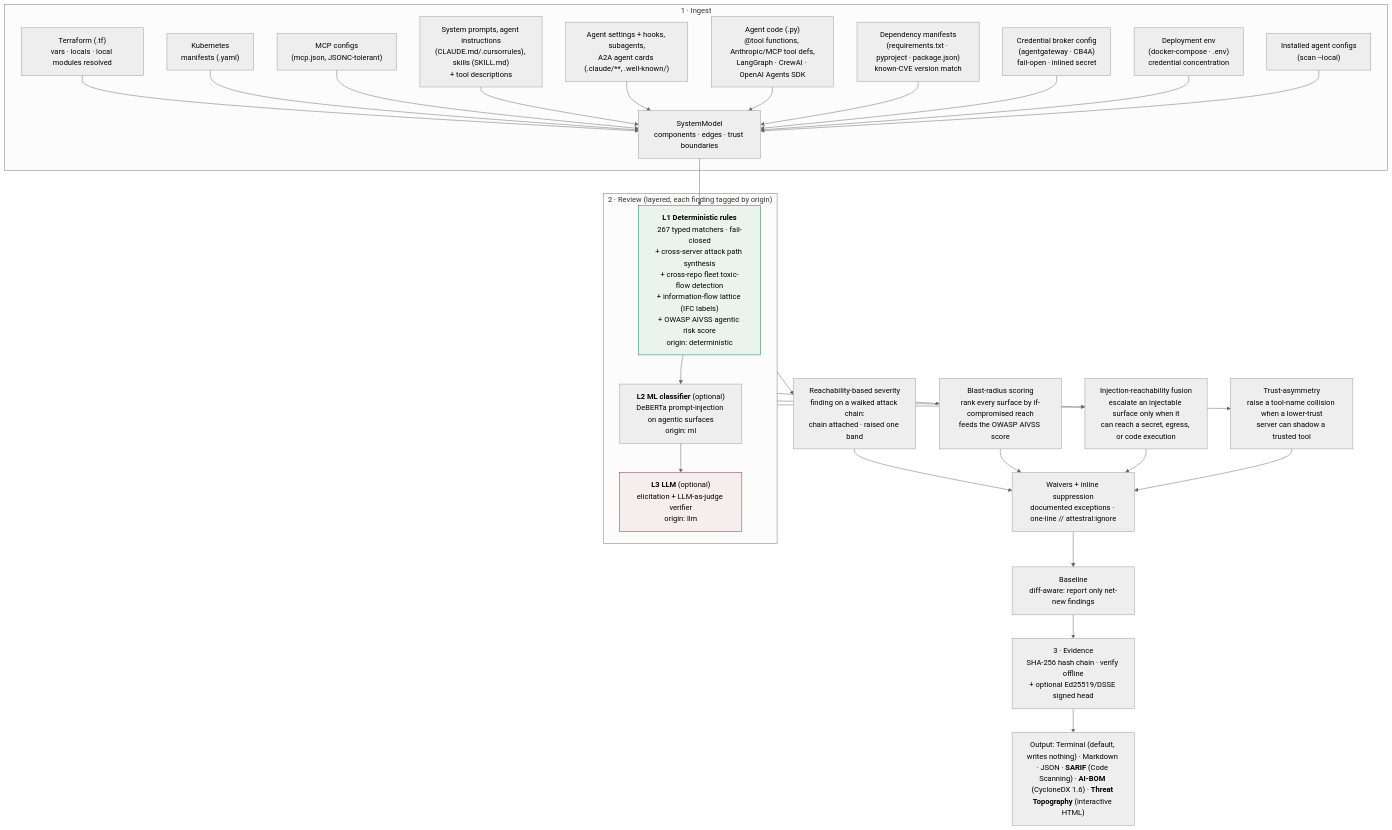
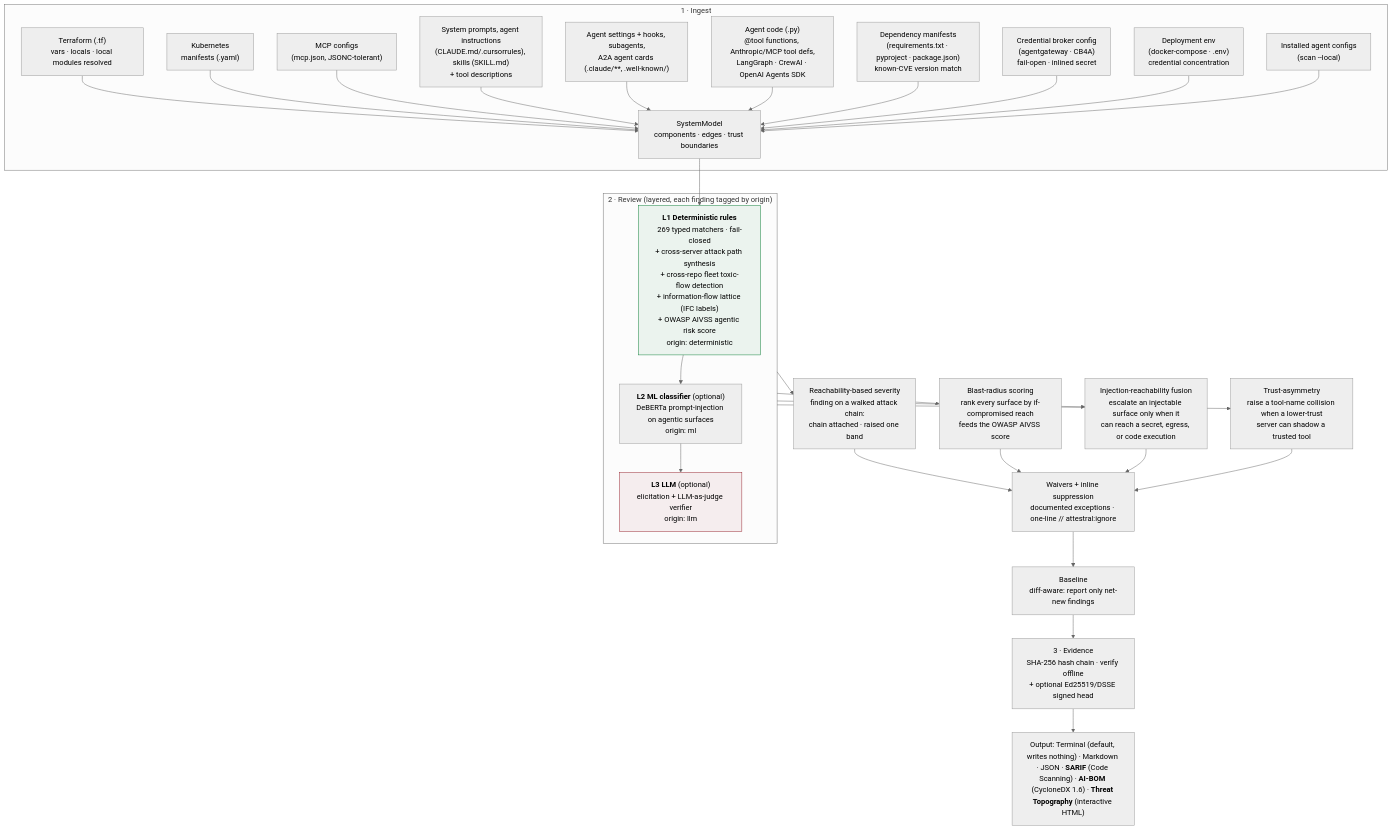
The first of 5 diagrams in README.md (attestral-labs/attestral), drawn with Mermaid (neutral theme) before and after one commit. The commit also changed other lines of this file and 14 other files, not shown here.

````diff
--- a/README.md
+++ b/README.md
@@ -124,36 +124,36 @@
 ```mermaid
 flowchart TB
     subgraph ING["1 · Ingest"]
         TF["Terraform (.tf)<br/>vars · locals · local modules resolved"] --> M
         K8S["Kubernetes<br/>manifests (.yaml)"] --> M
         MCP["MCP configs<br/>(mcp.json, JSONC-tolerant)"] --> M
         SP["System prompts, agent instructions<br/>(CLAUDE.md/.cursorrules), skills (SKILL.md)<br/>+ tool descriptions"] --> M
         AC["Agent settings + hooks, subagents,<br/>A2A agent cards (.claude/**, .well-known/)"] --> M
         CODE["Agent code (.py)<br/>@tool functions, Anthropic/MCP tool defs,<br/>LangGraph · CrewAI · OpenAI Agents SDK"] --> M
         DEP["Dependency manifests<br/>(requirements.txt · pyproject · package.json)<br/>known-CVE version match"] --> M
         GW["Credential broker config<br/>(agentgateway · CB4A)<br/>fail-open · inlined secret"] --> M
         DENV["Deployment env<br/>(docker-compose · .env)<br/>credential concentration"] --> M
         LC["Installed agent configs<br/>(scan --local)"] --> M
         M["SystemModel<br/>components · edges · trust boundaries"]
     end
     M --> L1
     subgraph REV["2 · Review (layered, each finding tagged by origin)"]
-        L1["<b>L1 Deterministic rules</b><br/>267 typed matchers · fail-closed<br/>+ cross-server attack path synthesis<br/>+ cross-repo fleet toxic-flow detection<br/>+ information-flow lattice (IFC labels)<br/>+ OWASP AIVSS agentic risk score<br/>origin: deterministic"]
+        L1["<b>L1 Deterministic rules</b><br/>269 typed matchers · fail-closed<br/>+ cross-server attack path synthesis<br/>+ cross-repo fleet toxic-flow detection<br/>+ information-flow lattice (IFC labels)<br/>+ OWASP AIVSS agentic risk score<br/>origin: deterministic"]
         L2["<b>L2 ML classifier</b> (optional)<br/>DeBERTa prompt-injection on agentic surfaces<br/>origin: ml"]
         L3["<b>L3 LLM</b> (optional)<br/>elicitation + LLM-as-judge verifier<br/>origin: llm"]
         L1 --> L2 --> L3
     end
     REV --> RS["Reachability-based severity<br/>finding on a walked attack chain:<br/>chain attached · raised one band"]
     REV --> BR["Blast-radius scoring<br/>rank every surface by if-compromised reach<br/>feeds the OWASP AIVSS score"]
     REV --> IR["Injection-reachability fusion<br/>escalate an injectable surface only when it<br/>can reach a secret, egress, or code execution"]
     REV --> TA["Trust-asymmetry<br/>raise a tool-name collision when a lower-trust<br/>server can shadow a trusted tool"]
     RS --> W["Waivers + inline suppression<br/>documented exceptions · one-line // attestral:ignore"]
     BR --> W
     IR --> W
     TA --> W
     W --> BL["Baseline<br/>diff-aware: report only net-new findings"]
     BL --> EV["3 · Evidence<br/>SHA-256 hash chain · verify offline<br/>+ optional Ed25519/DSSE signed head"]
     EV --> OUT["Output: Terminal (default, writes nothing) · Markdown · JSON · <b>SARIF</b> (Code Scanning) · <b>AI-BOM</b> (CycloneDX 1.6) · <b>Threat Topography</b> (interactive HTML)"]
     style L1 fill:#0a7d3611,stroke:#0a7d36
     style L3 fill:#96222E11,stroke:#96222E
 ```
````
